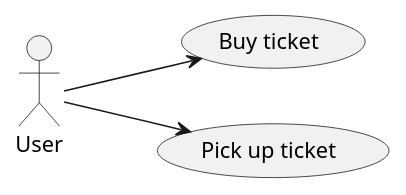
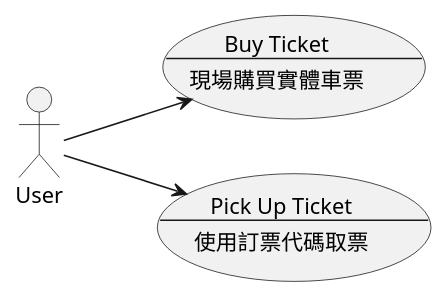
Before and after one commit to shengLin-alex/HSRTicketVendorSystem.UML: the diagram in HSRTicketVendorSystemUseCase.wsd, drawn with PlantUML. The commit also changed 3 other files, not shown here.

```diff
--- a/HSRTicketVendorSystemUseCase.wsd
+++ b/HSRTicketVendorSystemUseCase.wsd
@@ -1,7 +1,16 @@
 @startuml HSRTicketVendorSystemUseCase
 
 left to right direction
-:User: --> (Buy ticket)
-:User: --> (Pick up ticket)
+
+usecase BuyTicket as "Buy Ticket
+--
+現場購買實體車票"
+
+usecase PickUpTicket as "Pick Up Ticket
+--
+使用訂票代碼取票"
+
+:User: --> BuyTicket
+:User: --> PickUpTicket
 
 @enduml
```
